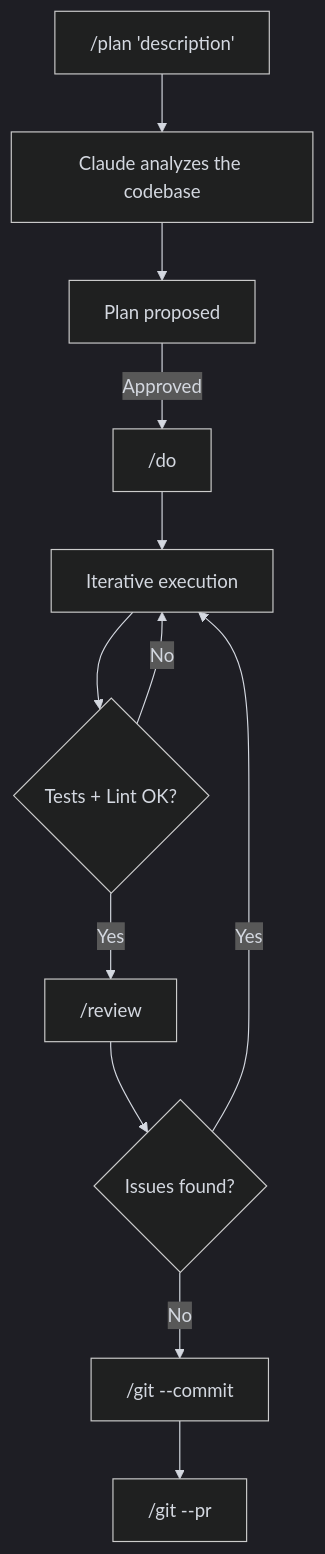
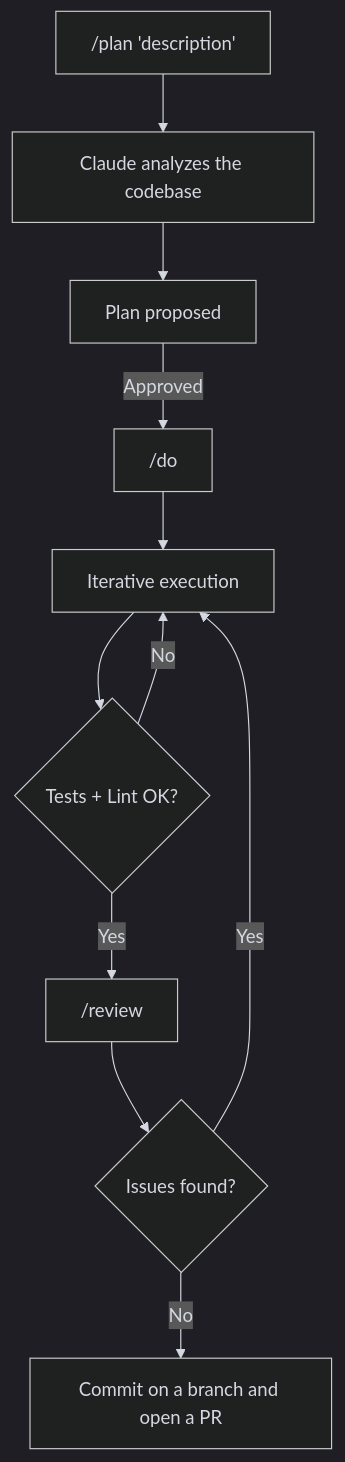
Before and after one commit to kodflow/devcontainer-template: the diagram in docs/getting-started/workflow.md, drawn with Mermaid. The commit also changed other lines of this file and 16 other files, not shown here.

````diff
--- a/docs/getting-started/workflow.md
+++ b/docs/getting-started/workflow.md
@@ -7,21 +7,20 @@
 ```mermaid
 %%{init: {'theme': 'dark', 'themeVariables': {
   'primaryColor': '#9D76FB1a',
   'primaryBorderColor': '#9D76FB',
   'primaryTextColor': '#d4d8e0',
   'lineColor': '#d4d8e0',
   'textColor': '#d4d8e0'
 }}}%%
 flowchart TD
     A["/plan 'description'"] --> B[Claude analyzes the codebase]
     B --> C[Plan proposed]
     C -->|Approved| D["/do"]
     D --> E[Iterative execution]
     E --> F{Tests + Lint OK?}
     F -->|No| E
     F -->|Yes| G["/review"]
     G --> H{Issues found?}
     H -->|Yes| E
-    H -->|No| I["/git --commit"]
-    I --> J["/git --pr"]
+    H -->|No| I["Commit on a branch and open a PR"]
 ```
````
